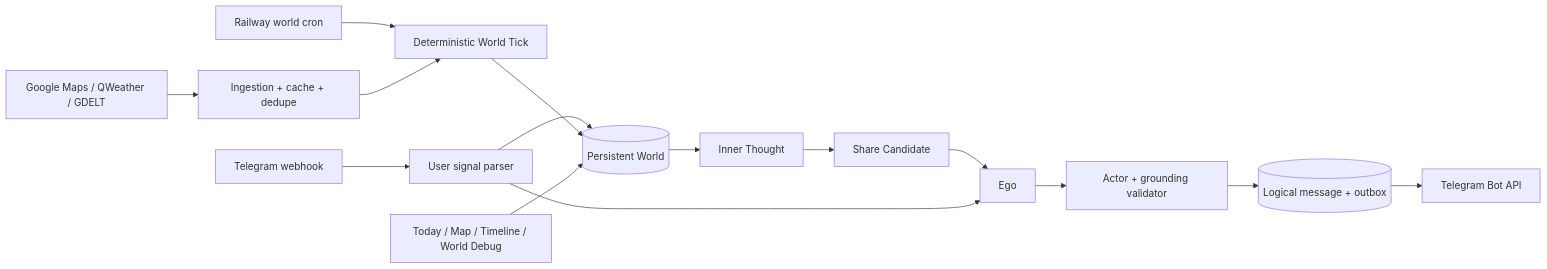
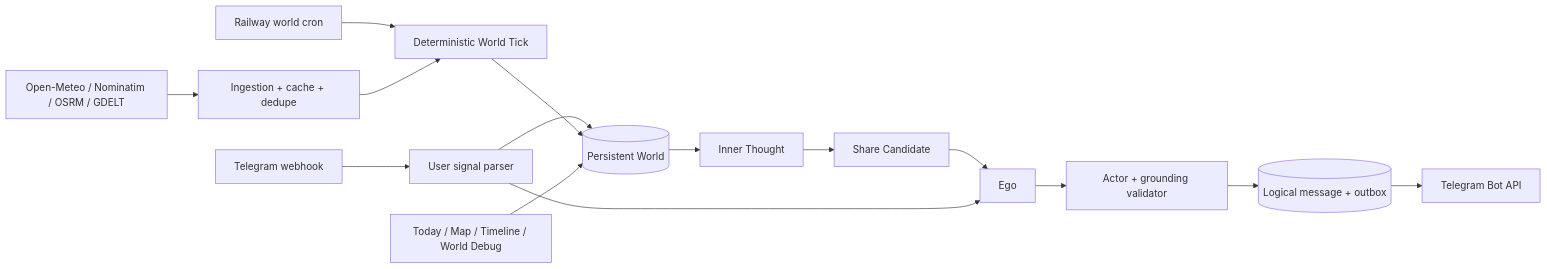
One commit to AetherAllan/Mira changed the diagram in README.md. Above: the diagram before and after it, drawn with Mermaid. The commit also changed other lines of this file and 17 other files, not shown here.

````diff
--- a/README.md
+++ b/README.md
@@ -9,17 +9,17 @@
 ```mermaid
 flowchart LR
-  EXT[Google Maps / QWeather / GDELT] --> ING[Ingestion + cache + dedupe]
+  EXT[Open-Meteo / Nominatim / OSRM / GDELT] --> ING[Ingestion + cache + dedupe]
   TG[Telegram webhook] --> INPUT[User signal parser]
   CRON[Railway world cron] --> TICK[Deterministic World Tick]
   ING --> TICK
   INPUT --> WORLD[(Persistent World)]
   TICK --> WORLD
   WORLD --> THOUGHT[Inner Thought]
   THOUGHT --> SHARE[Share Candidate]
   SHARE --> EGO[Ego]
   INPUT --> EGO
   EGO --> ACTOR[Actor + grounding validator]
   ACTOR --> OUTBOX[(Logical message + outbox)]
   OUTBOX --> TGAPI[Telegram Bot API]
   DASH[Today / Map / Timeline / World Debug] --> WORLD
 ```
````
